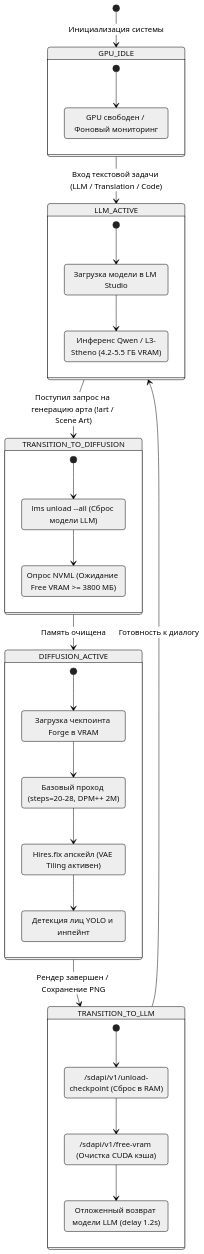
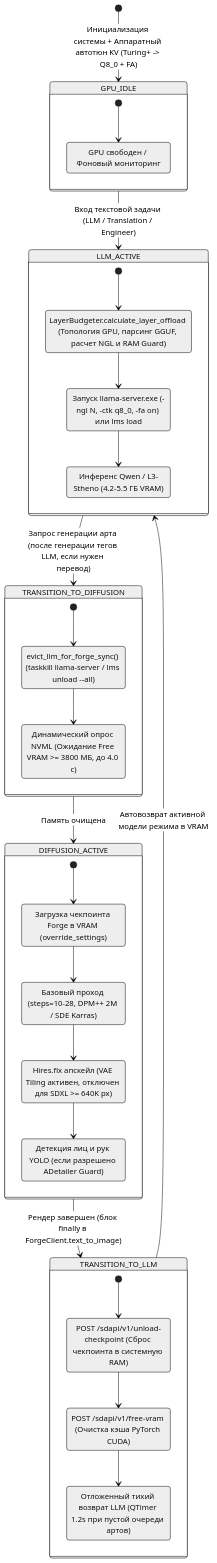
Before and after one commit to ZabotaOblizkih/NeonRoute: the third of 4 diagrams in knowledge_base/architecture.md, drawn with Mermaid (neutral theme). The commit also changed other lines of this file and 136 other files, not shown here.

Commit message:
chore: save checkpoint before vram_policy refactoring and step 1 fixes

````diff
--- a/knowledge_base/architecture.md
+++ b/knowledge_base/architecture.md
@@ -412,53 +447,55 @@
 ```mermaid
 stateDiagram-v2
-    [*] --> GPU_IDLE: Инициализация системы
+    [*] --> GPU_IDLE: Инициализация системы + Аппаратный автотюн KV (Turing+ -> Q8_0 + FA)
 
     state GPU_IDLE {
         [*] --> NONE
         NONE: GPU свободен / Фоновый мониторинг
     }
 
-    GPU_IDLE --> LLM_ACTIVE: Вход текстовой задачи (LLM / Translation / Code)
+    GPU_IDLE --> LLM_ACTIVE: Вход текстовой задачи (LLM / Translation / Engineer)
     
     state LLM_ACTIVE {
-        [*] --> LOAD_LLM
-        LOAD_LLM: Загрузка модели в LM Studio
+        [*] --> BUDGET_LAYERS
+        BUDGET_LAYERS: LayerBudgeter.calculate_layer_offload (Топология GPU, парсинг GGUF, расчет NGL и RAM Guard)
+        LOAD_LLM: Запуск llama-server.exe (-ngl N, -ctk q8_0, -fa on) или lms load
         HOLD_LLM: Инференс Qwen / L3-Stheno (4.2-5.5 ГБ VRAM)
+        BUDGET_LAYERS --> LOAD_LLM
         LOAD_LLM --> HOLD_LLM
     }
 
-    LLM_ACTIVE --> TRANSITION_TO_DIFFUSION: Поступил запрос на генерацию арта (!art / Scene Art)
+    LLM_ACTIVE --> TRANSITION_TO_DIFFUSION: Запрос генерации арта (после генерации тегов LLM, если нужен перевод)
 
     state TRANSITION_TO_DIFFUSION {
         [*] --> UNLOAD_LLM
-        UNLOAD_LLM: lms unload --all (Сброс модели LLM)
-        WAIT_WDDM: Опрос NVML (Ожидание Free VRAM >= 3800 МБ)
+        UNLOAD_LLM: evict_llm_for_forge_sync() (taskkill llama-server / lms unload --all)
+        WAIT_WDDM: Динамический опрос NVML (Ожидание Free VRAM >= 3800 МБ, до 4.0 с)
         UNLOAD_LLM --> WAIT_WDDM
     }
 
     TRANSITION_TO_DIFFUSION --> DIFFUSION_ACTIVE: Память очищена
     
     state DIFFUSION_ACTIVE {
         [*] --> LOAD_SD
-        LOAD_SD: Загрузка чекпоинта Forge в VRAM
-        RENDER_TXT2IMG: Базовый проход (steps=20-28, DPM++ 2M)
-        RENDER_HIRES: Hires.fix апскейл (VAE Tiling активен)
-        RENDER_ADETAILER: Детекция лиц YOLO и инпейнт
+        LOAD_SD: Загрузка чекпоинта Forge в VRAM (override_settings)
+        RENDER_TXT2IMG: Базовый проход (steps=10-28, DPM++ 2M / SDE Karras)
+        RENDER_HIRES: Hires.fix апскейл (VAE Tiling активен, отключен для SDXL >= 640K px)
+        RENDER_ADETAILER: Детекция лиц и рук YOLO (если разрешено ADetailer Guard)
         LOAD_SD --> RENDER_TXT2IMG
         RENDER_TXT2IMG --> RENDER_HIRES
         RENDER_HIRES --> RENDER_ADETAILER
     }
 
-    DIFFUSION_ACTIVE --> TRANSITION_TO_LLM: Рендер завершен / Сохранение PNG
+    DIFFUSION_ACTIVE --> TRANSITION_TO_LLM: Рендер завершен (блок finally в ForgeClient.text_to_image)
 
     state TRANSITION_TO_LLM {
         [*] --> UNLOAD_SD
-        UNLOAD_SD: /sdapi/v1/unload-checkpoint (Сброс в RAM)
-        PURGE_CUDA: /sdapi/v1/free-vram (Очистка CUDA кэша)
-        TIMER_DELAY: Отложенный возврат модели LLM (delay 1.2s)
+        UNLOAD_SD: POST /sdapi/v1/unload-checkpoint (Сброс чекпоинта в системную RAM)
+        PURGE_CUDA: POST /sdapi/v1/free-vram (Очистка кэша PyTorch CUDA)
+        TIMER_DELAY: Отложенный тихий возврат LLM (QTimer 1.2s при пустой очереди артов)
         UNLOAD_SD --> PURGE_CUDA
         PURGE_CUDA --> TIMER_DELAY
     }
 
-    TRANSITION_TO_LLM --> LLM_ACTIVE: Готовность к диалогу
+    TRANSITION_TO_LLM --> LLM_ACTIVE: Автовозврат активной модели режима в VRAM
 ```
````
